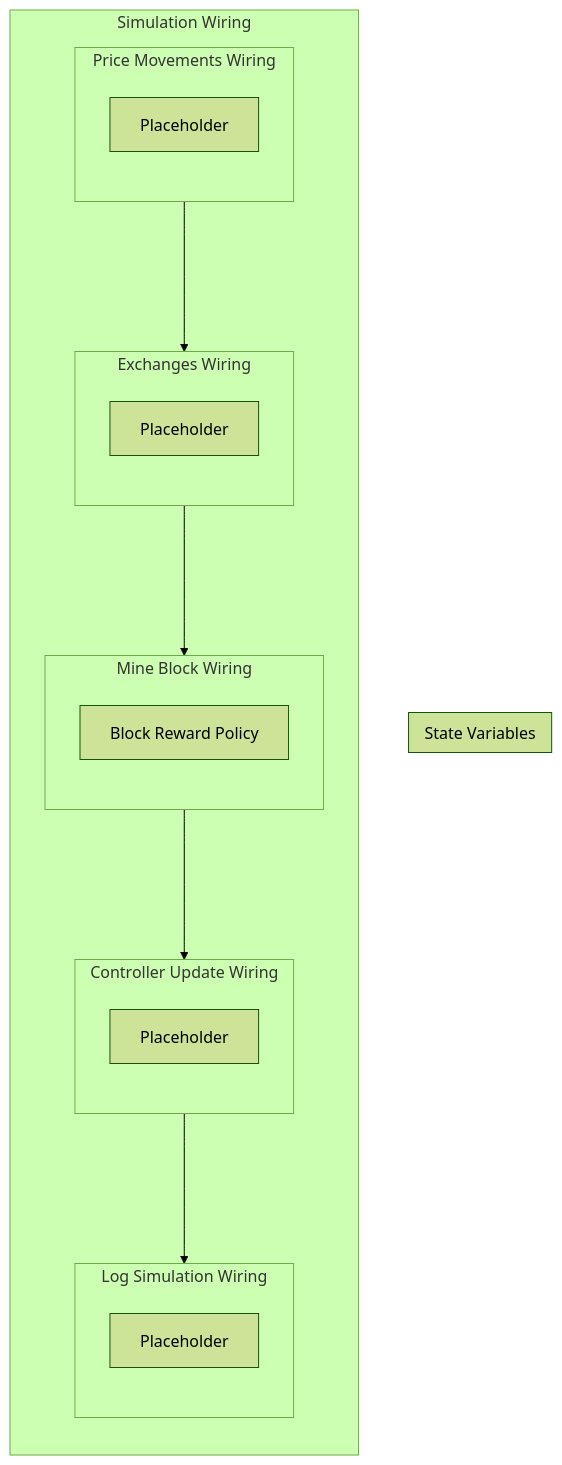
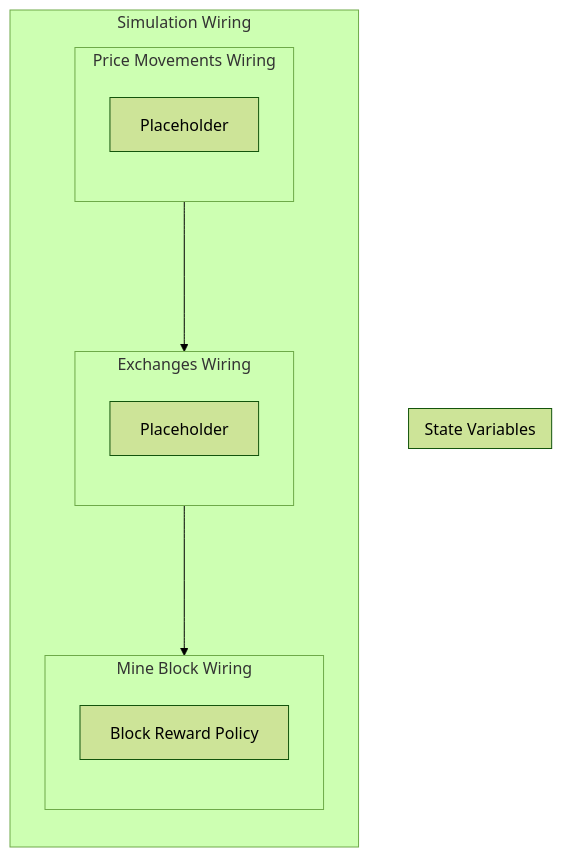
The diagram in Spec/obsidian/Wiring/Simulation Wiring.md (dominant-strategies/Quai-Macro-Model), drawn with Mermaid (forest theme) before and after one commit. The commit also changed other lines of this file and 16 other files, not shown here.

````diff
--- a/Spec/obsidian/Wiring/Simulation Wiring.md
+++ b/Spec/obsidian/Wiring/Simulation Wiring.md
@@ -3,34 +3,24 @@
 ```mermaid
 graph TB
 
 subgraph SVS["State Variables"]
 end
 
-subgraph X11["Simulation Wiring"]
+subgraph X7["Simulation Wiring"]
 direction TB
 subgraph X2["Price Movements Wiring"]
 direction TB
 X1["Placeholder"]
 end
 subgraph X4["Exchanges Wiring"]
 direction TB
 X3["Placeholder"]
 end
 subgraph X6["Mine Block Wiring"]
 direction TB
 X5["Block Reward Policy"]
 end
-subgraph X8["Controller Update Wiring"]
-direction TB
-X7["Placeholder"]
-end
-subgraph X10["Log Simulation Wiring"]
-direction TB
-X9["Placeholder"]
-end
 X2--->X4
 X4--->X6
-X6--->X8
-X8--->X10
 end
 ```
````
